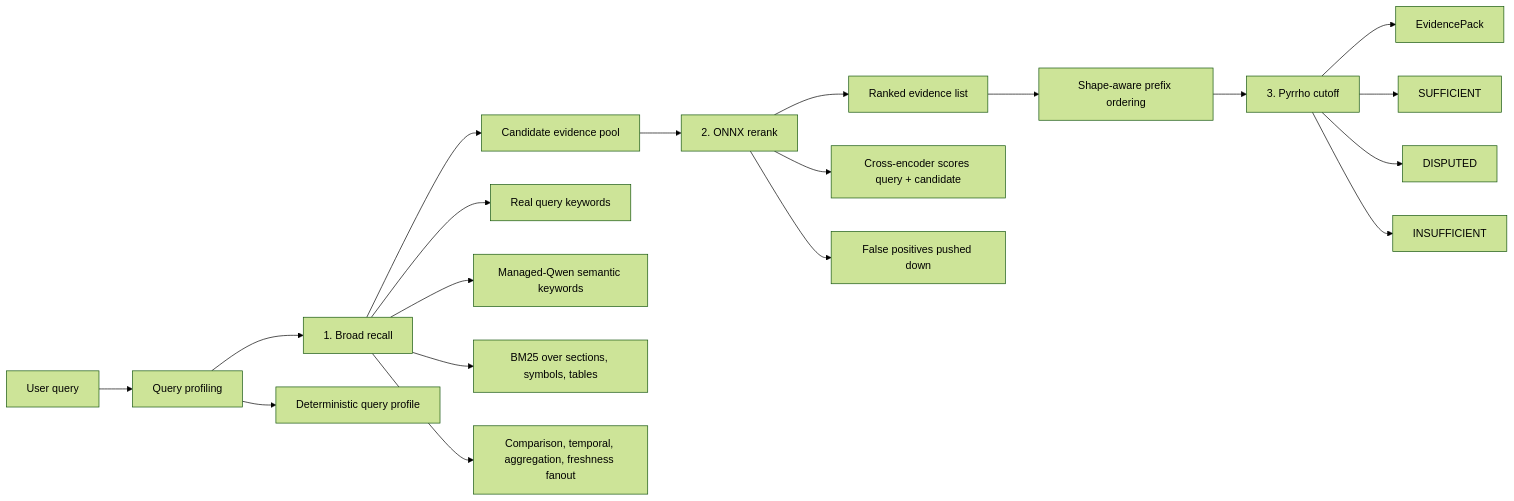
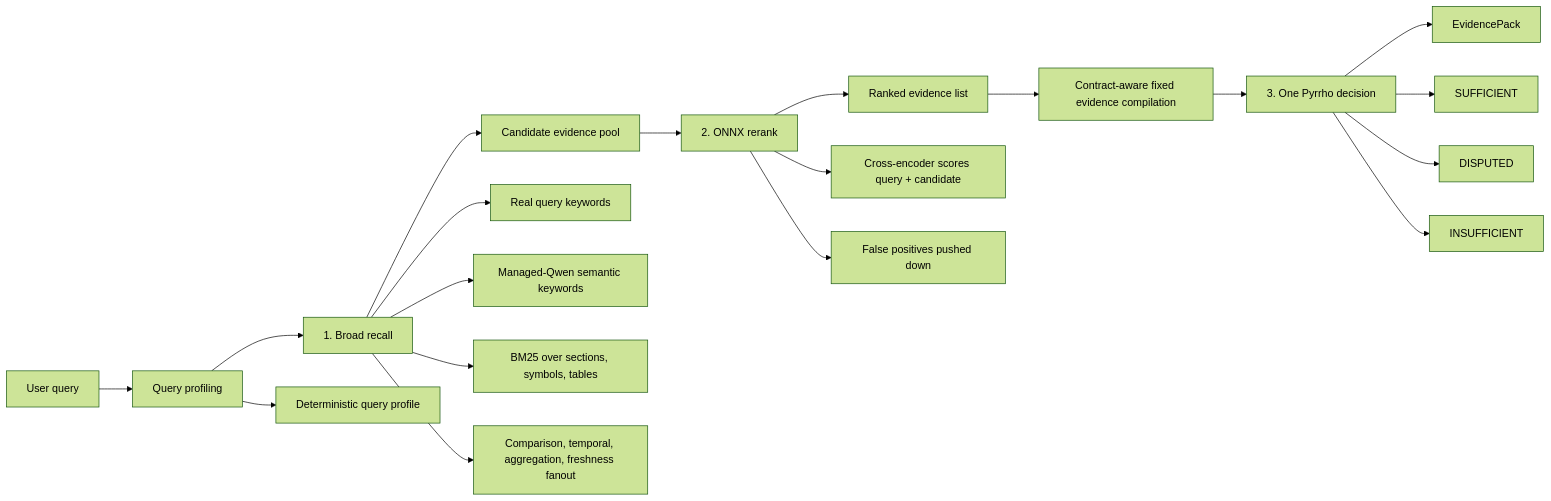
One commit to yafitzdev/fitz changed the first of 3 diagrams in docs/features/retrieval/three-stage-strategy.md. Above: the diagram before and after it, drawn with Mermaid (forest theme). The commit also changed other lines of this file and 103 other files, not shown here.

````diff
--- a/docs/features/retrieval/three-stage-strategy.md
+++ b/docs/features/retrieval/three-stage-strategy.md
@@ -25,25 +25,25 @@
 ```mermaid
 flowchart LR
     Q["User query"] --> QC["Query profiling"]
     QC --> R["1. Broad recall"]
     R --> C["Candidate evidence pool"]
     C --> K["2. ONNX rerank"]
     K --> L["Ranked evidence list"]
-    L --> S["Shape-aware prefix ordering"]
-    S --> P["3. Pyrrho cutoff"]
+    L --> S["Contract-aware fixed evidence compilation"]
+    S --> P["3. One Pyrrho decision"]
     P --> E["EvidencePack"]
 
     QC --> QC1["Deterministic query profile"]
 
     R --> R1["Real query keywords"]
     R --> R2["Managed-Qwen semantic keywords"]
     R --> R3["BM25 over sections, symbols, tables"]
     R --> R4["Comparison, temporal, aggregation, freshness fanout"]
 
     K --> K1["Cross-encoder scores query + candidate"]
     K --> K2["False positives pushed down"]
 
     P --> P1["SUFFICIENT"]
     P --> P2["DISPUTED"]
     P --> P3["INSUFFICIENT"]
 ```
````
